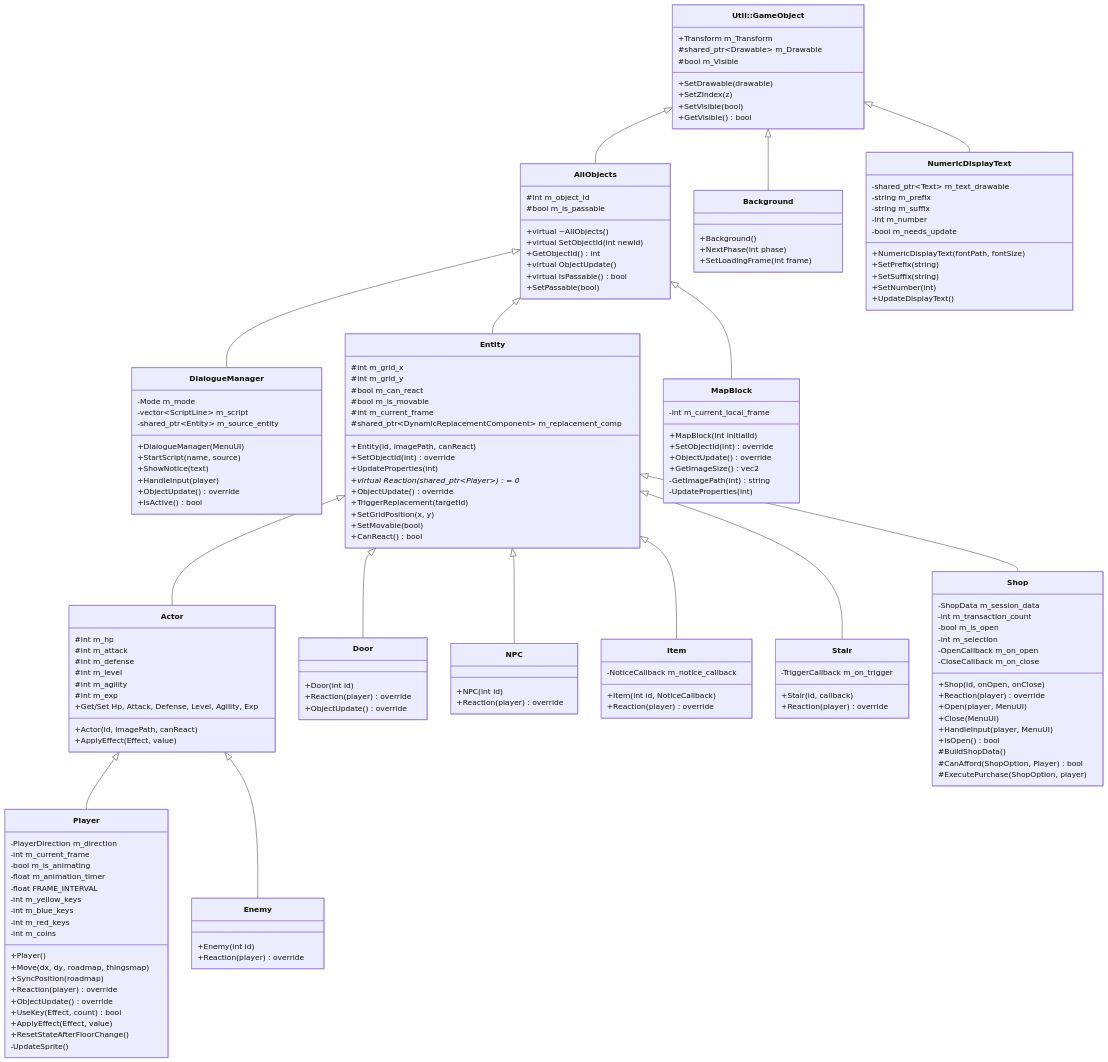
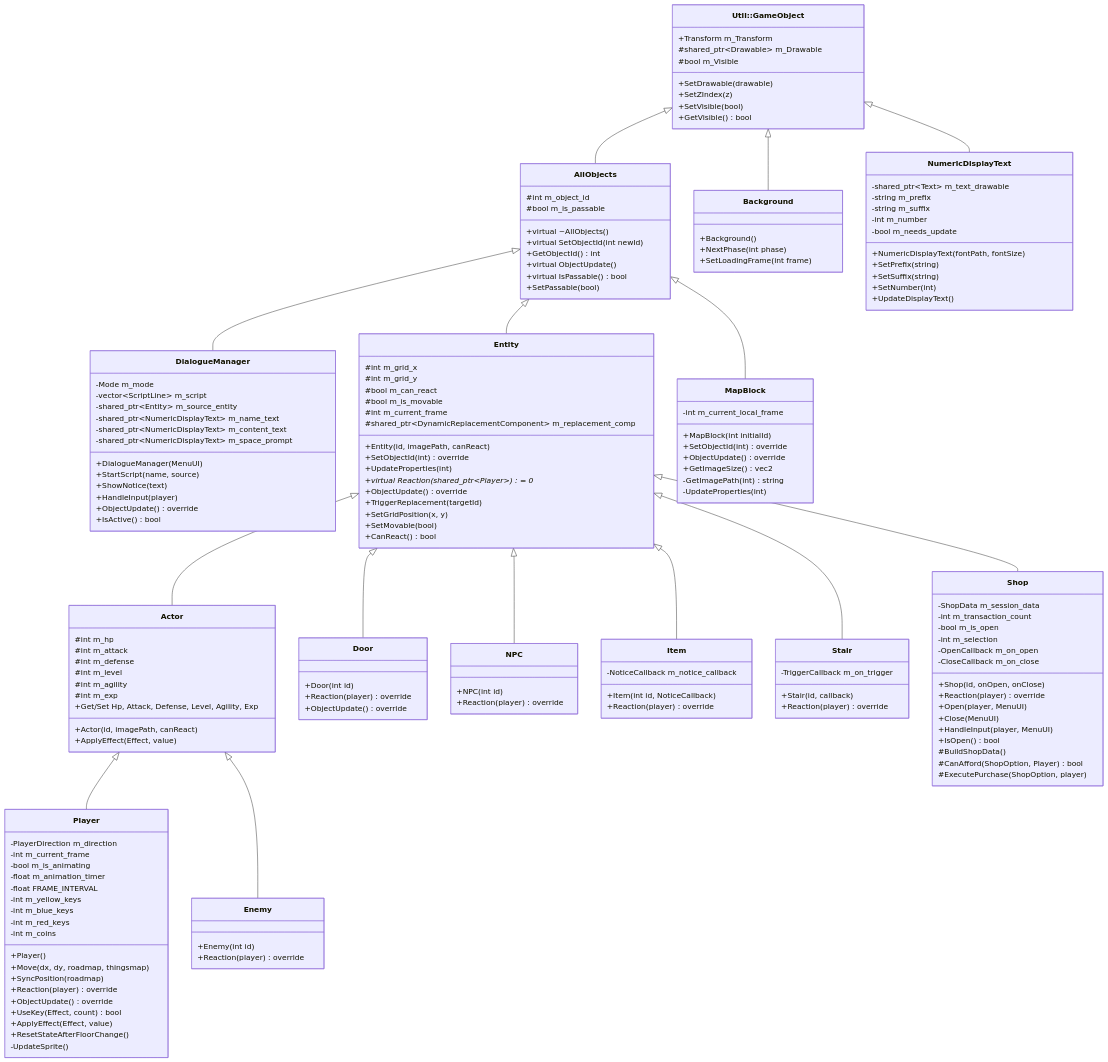
One commit to XWJWPIY/schoolwork_recreate_magic_tower changed the first of 4 diagrams in Constructure.md. Above: the diagram before and after it, drawn with Mermaid. The commit also changed other lines of this file and 20 other files, not shown here.

```diff
--- a/Constructure.md
+++ b/Constructure.md
@@ -31,6 +31,9 @@
         -Mode m_mode
         -vector~ScriptLine~ m_script
         -shared_ptr~Entity~ m_source_entity
+        -shared_ptr~NumericDisplayText~ m_name_text
+        -shared_ptr~NumericDisplayText~ m_content_text
+        -shared_ptr~NumericDisplayText~ m_space_prompt
         +DialogueManager(MenuUI)
         +StartScript(name, source)
         +ShowNotice(text)
```
